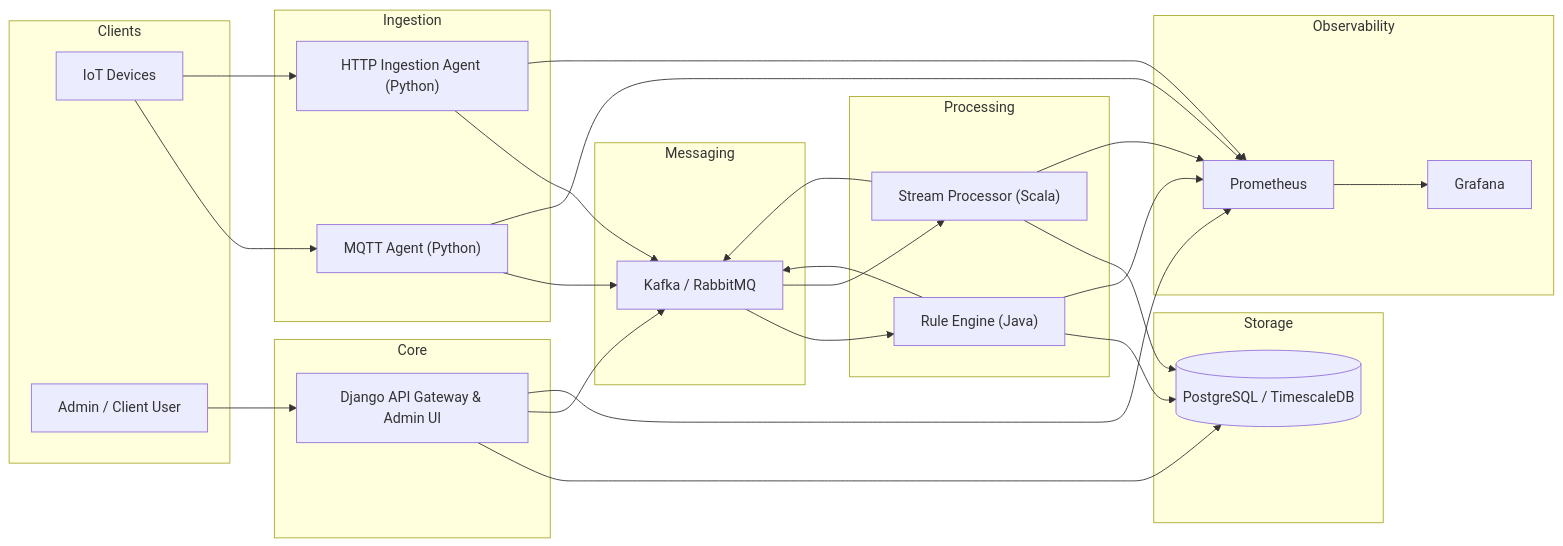
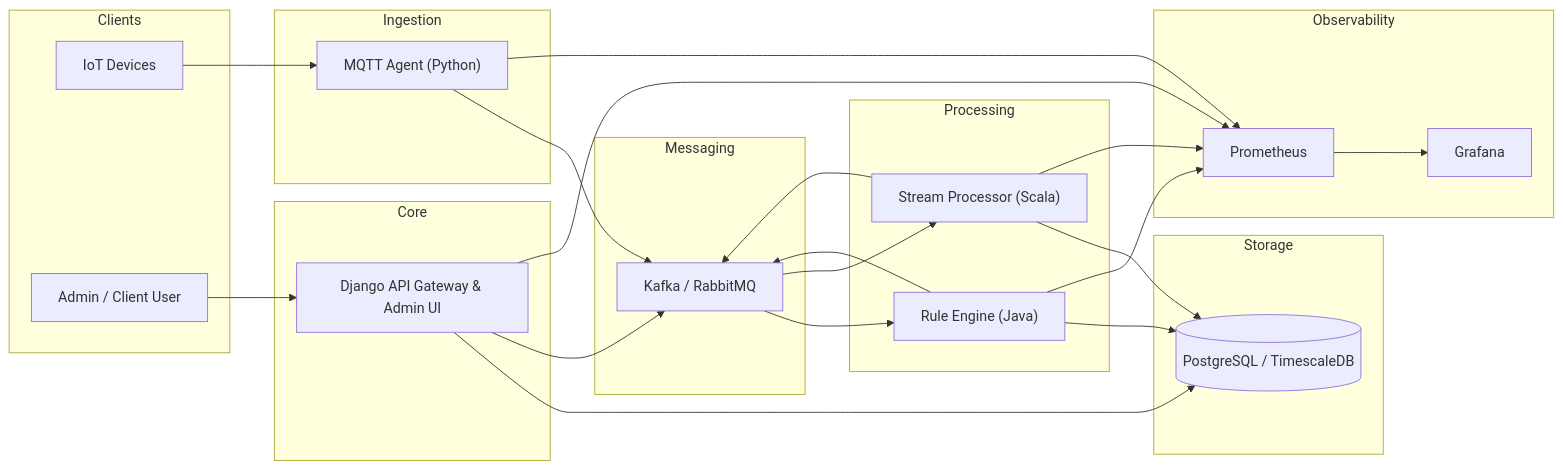
The diagram in docs/architecture.md (Project-Stage-Academy/IoT-Hub-bravo), drawn with Mermaid before and after one commit.

Commit message:
Remove HTTP Ingestion Agent from architecture
Removed HTTP Ingestion Agent from architecture diagram.

````diff
--- a/docs/architecture.md
+++ b/docs/architecture.md
@@ -120,62 +120,58 @@
 ```mermaid
 flowchart LR
     subgraph Clients
         Device["IoT Devices"]
         AdminUser["Admin / Client User"]
     end
 
     subgraph Ingestion
         MQTT["MQTT Agent (Python)"]
-        HTTPAgent["HTTP Ingestion Agent (Python)"]
     end
 
     subgraph Core
         Django["Django API Gateway & Admin UI"]
     end
 
     subgraph Messaging
         Broker["Kafka / RabbitMQ"]
     end
 
     subgraph Processing
         Rules["Rule Engine (Java)"]
         Stream["Stream Processor (Scala)"]
     end
 
     subgraph Storage
         DB[("PostgreSQL / TimescaleDB")]
     end
 
     subgraph Observability
         Prom["Prometheus"]
         Grafana["Grafana"]
     end
 
     Device --> MQTT
-    Device --> HTTPAgent
 
     MQTT --> Broker
-    HTTPAgent --> Broker
 
     AdminUser --> Django
 
     Django --> DB
     Django --> Broker
 
     Broker --> Rules
     Broker --> Stream
 
     Rules --> Broker
     Stream --> Broker
 
     Rules --> DB
     Stream --> DB
 
     Django --> Prom
     MQTT --> Prom
-    HTTPAgent --> Prom
     Rules --> Prom
     Stream --> Prom
 
     Prom --> Grafana
 ```
````
